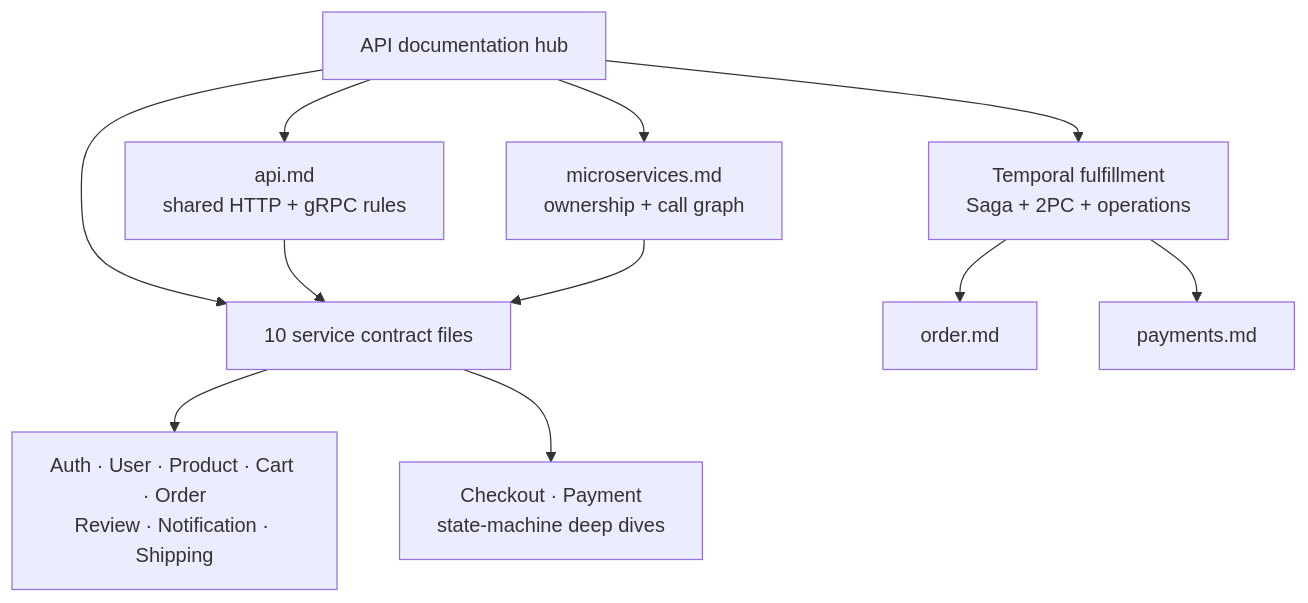
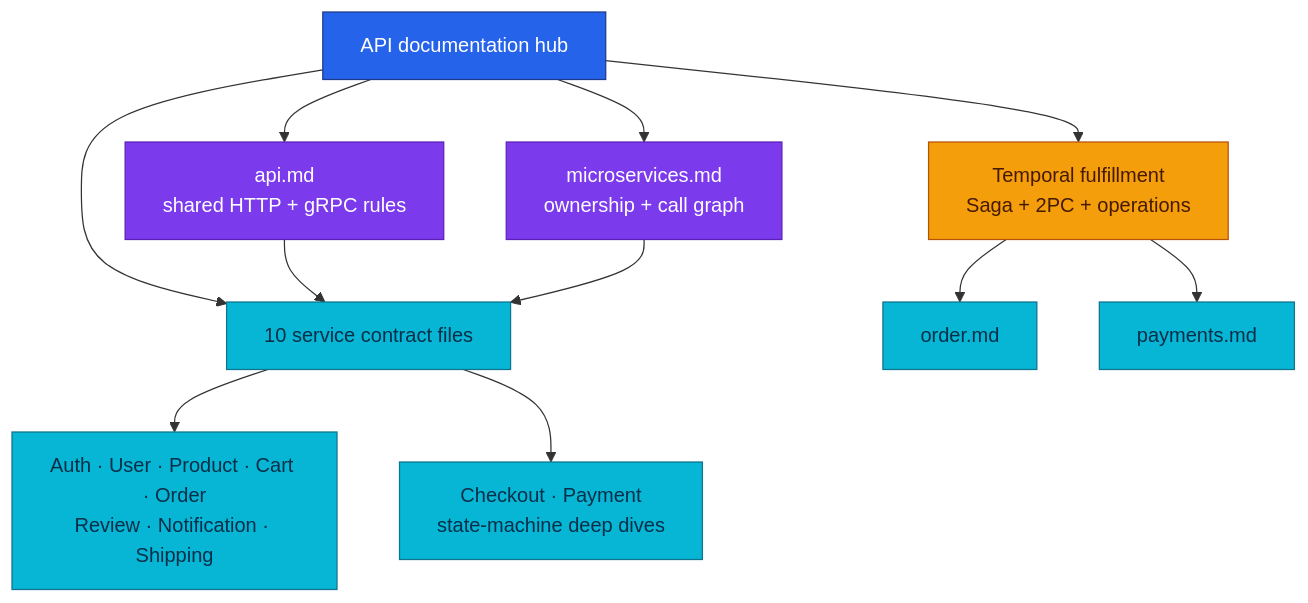
The diagram in docs/api/README.md (duynhlab/homelab), drawn with Mermaid before and after one commit. The commit also changed 15 other files, not shown here.

First line of the commit message:
Improve API architecture diagrams (#513)

````diff
--- a/docs/api/README.md
+++ b/docs/api/README.md
@@ -14,13 +14,22 @@
 ```mermaid
 flowchart TD
     Hub["API documentation hub"] --> Shared["api.md<br/>shared HTTP + gRPC rules"]
     Hub --> Catalog["microservices.md<br/>ownership + call graph"]
     Hub --> Contracts["10 service contract files"]
     Hub --> Saga["Temporal fulfillment<br/>Saga + 2PC + operations"]
     Contracts --> Basic["Auth · User · Product · Cart · Order<br/>Review · Notification · Shipping"]
     Contracts --> Deep["Checkout · Payment<br/>state-machine deep dives"]
     Shared --> Contracts
     Catalog --> Contracts
     Saga --> Order["order.md"]
     Saga --> Payment["payments.md"]
+
+    classDef hub fill:#2563eb,color:#fff,stroke:#1e3a8a;
+    classDef guide fill:#7c3aed,color:#fff,stroke:#5b21b6;
+    classDef contract fill:#06b6d4,color:#082f49,stroke:#0e7490;
+    classDef workflow fill:#f59e0b,color:#451a03,stroke:#b45309;
+    class Hub hub;
+    class Shared,Catalog guide;
+    class Contracts,Basic,Deep,Order,Payment contract;
+    class Saga workflow;
 ```
````
